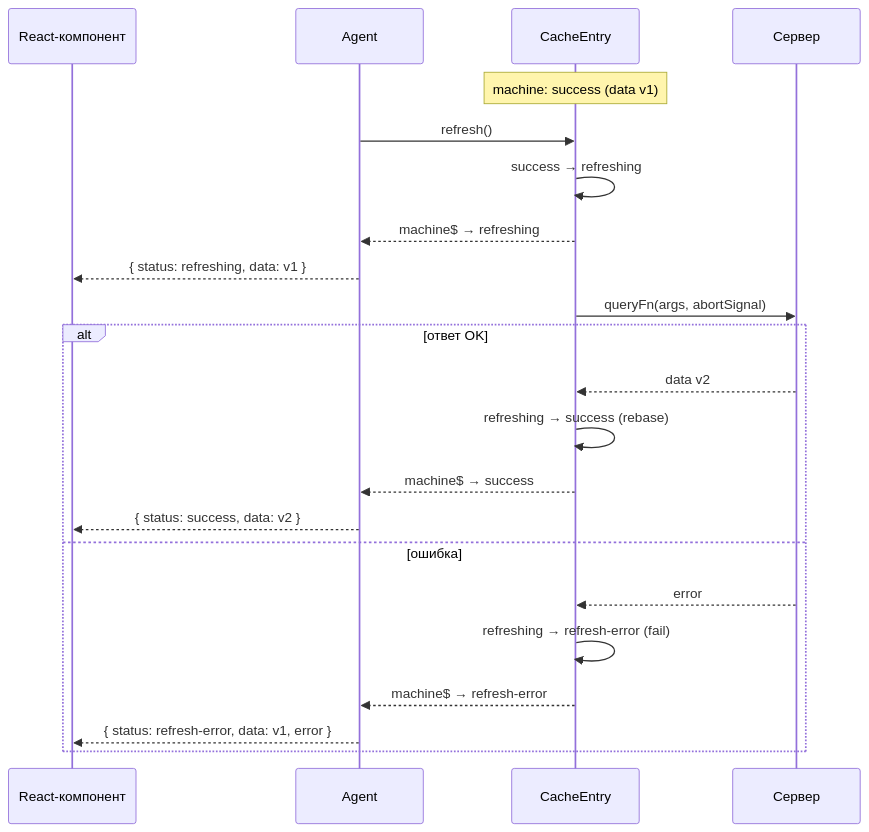
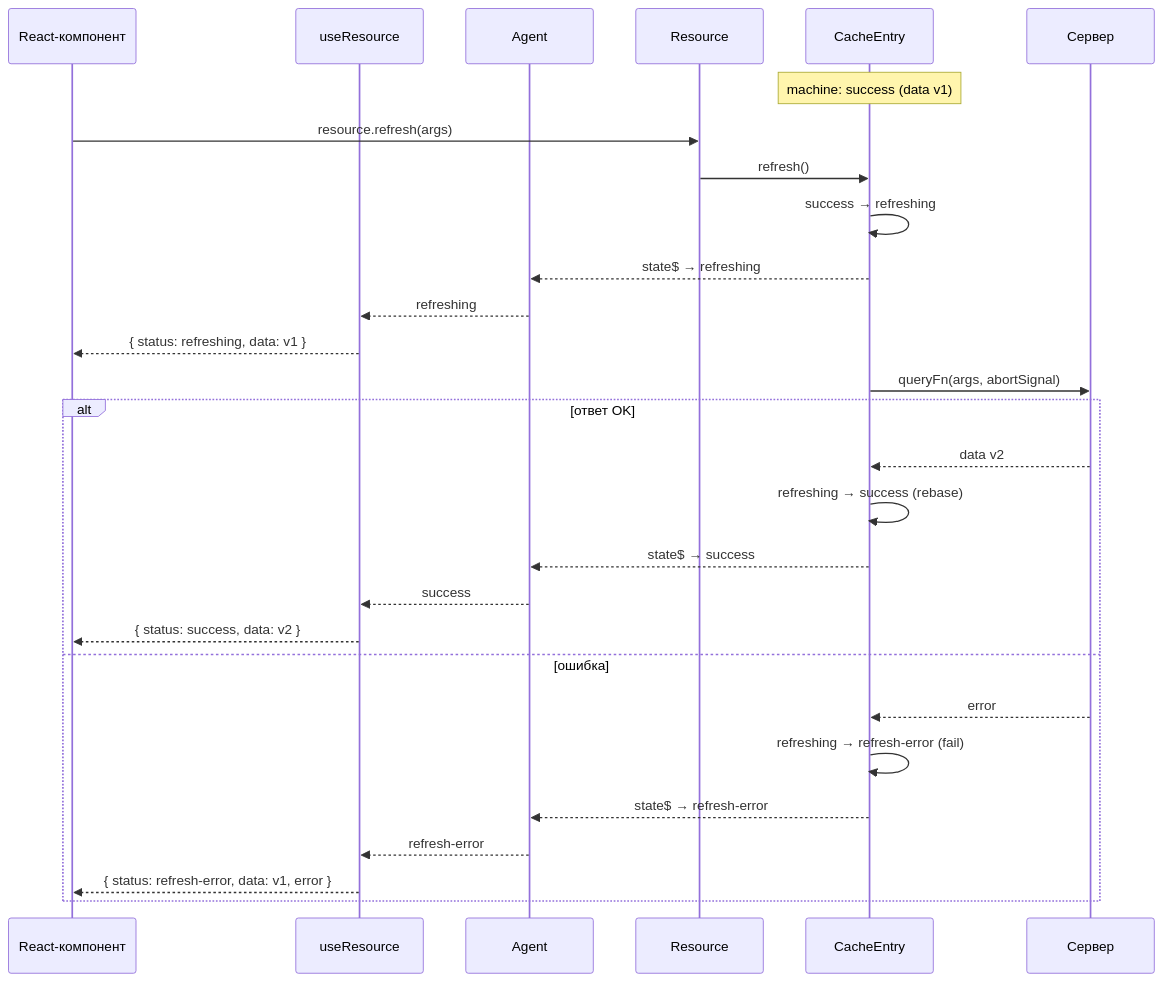
The fourth of 11 diagrams in docs/query/concepts/dataflows.md (fozy-labs/rx-toolkit), drawn with Mermaid before and after one commit. The commit also changed other lines of this file and 10 other files, not shown here.

````diff
--- a/docs/query/concepts/dataflows.md
+++ b/docs/query/concepts/dataflows.md
@@ -97,28 +137,34 @@
 ```mermaid
 sequenceDiagram
     participant UI as React-компонент
+    participant Hook as useResource
     participant Agent as Agent
+    participant Res as Resource
     participant Entry as CacheEntry
     participant Server as Сервер
 
     Note over Entry: machine: success (data v1)
 
-    Agent->>Entry: refresh()
+    UI->>Res: resource.refresh(args)
+    Res->>Entry: refresh()
     Entry->>Entry: success → refreshing
-    Entry-->>Agent: machine$ → refreshing
-    Agent-->>UI: { status: refreshing, data: v1 }
+    Entry-->>Agent: state$ → refreshing
+    Agent-->>Hook: refreshing
+    Hook-->>UI: { status: refreshing, data: v1 }
 
     Entry->>Server: queryFn(args, abortSignal)
 
     alt ответ OK
         Server-->>Entry: data v2
         Entry->>Entry: refreshing → success (rebase)
-        Entry-->>Agent: machine$ → success
-        Agent-->>UI: { status: success, data: v2 }
+        Entry-->>Agent: state$ → success
+        Agent-->>Hook: success
+        Hook-->>UI: { status: success, data: v2 }
     else ошибка
         Server-->>Entry: error
         Entry->>Entry: refreshing → refresh-error (fail)
-        Entry-->>Agent: machine$ → refresh-error
-        Agent-->>UI: { status: refresh-error, data: v1, error }
+        Entry-->>Agent: state$ → refresh-error
+        Agent-->>Hook: refresh-error
+        Hook-->>UI: { status: refresh-error, data: v1, error }
     end
 ```
````
